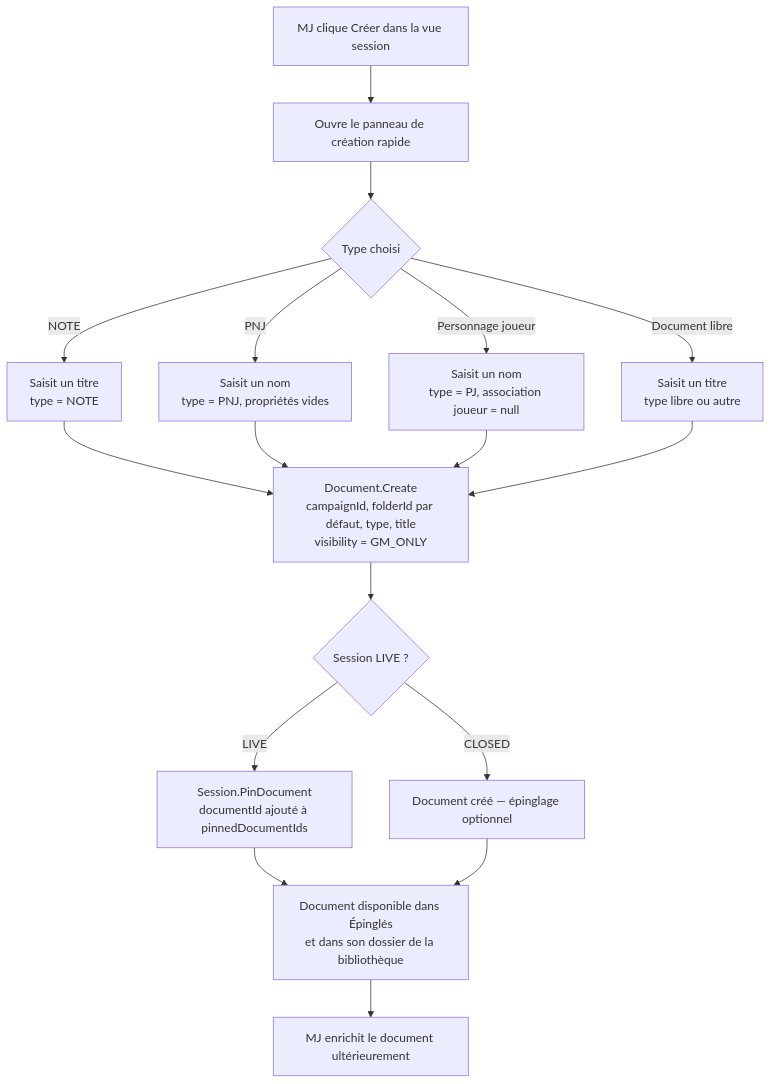
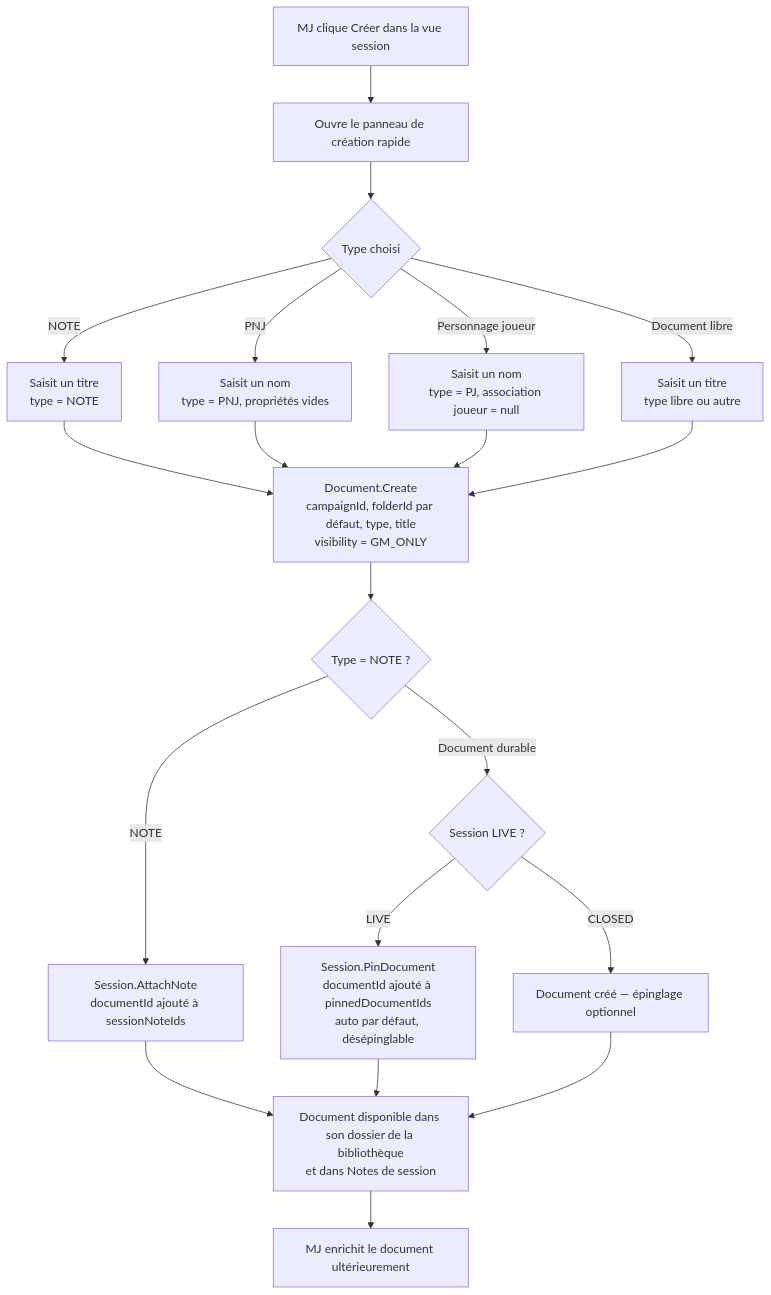
Before and after one commit to 2025-10-CDA-ECO-P6/PM-micro-saas: the first of 2 diagrams in docs/conception/user-stories/US-UC-07-creation-volee-session.md, drawn with Mermaid. The commit also changed other lines of this file and 47 other files, not shown here.

````diff
--- a/docs/conception/user-stories/US-UC-07-creation-volee-session.md
+++ b/docs/conception/user-stories/US-UC-07-creation-volee-session.md
@@ -53,24 +53,27 @@
 ```mermaid
 flowchart TD
     A[MJ clique Créer dans la vue session] --> B[Ouvre le panneau de création rapide]
     B --> C{Type choisi}
 
     C -->|NOTE| D[Saisit un titre\ntype = NOTE]
     C -->|PNJ| E[Saisit un nom\ntype = PNJ, propriétés vides]
     C -->|Personnage joueur| F[Saisit un nom\ntype = PJ, association joueur = null]
     C -->|Document libre| G[Saisit un titre\ntype libre ou autre]
 
     D --> H[Document.Create\ncampaignId, folderId par défaut, type, title\nvisibility = GM_ONLY]
     E --> H
     F --> H
     G --> H
 
-    H --> I{Session LIVE ?}
-    I -->|LIVE| J[Session.PinDocument\ndocumentId ajouté à pinnedDocumentIds]
+    H --> N{Type = NOTE ?}
+    N -->|NOTE| O[Session.AttachNote\ndocumentId ajouté à sessionNoteIds]
+    N -->|Document durable| I{Session LIVE ?}
+    I -->|LIVE| J[Session.PinDocument\ndocumentId ajouté à pinnedDocumentIds\nauto par défaut, désépinglable]
     I -->|CLOSED| K[Document créé — épinglage optionnel]
 
-    J --> L[Document disponible dans Épinglés\net dans son dossier de la bibliothèque]
+    O --> L[Document disponible dans son dossier de la bibliothèque\net dans Notes de session]
+    J --> L
     K --> L
 
     L --> M[MJ enrichit le document ultérieurement]
 ```
````
